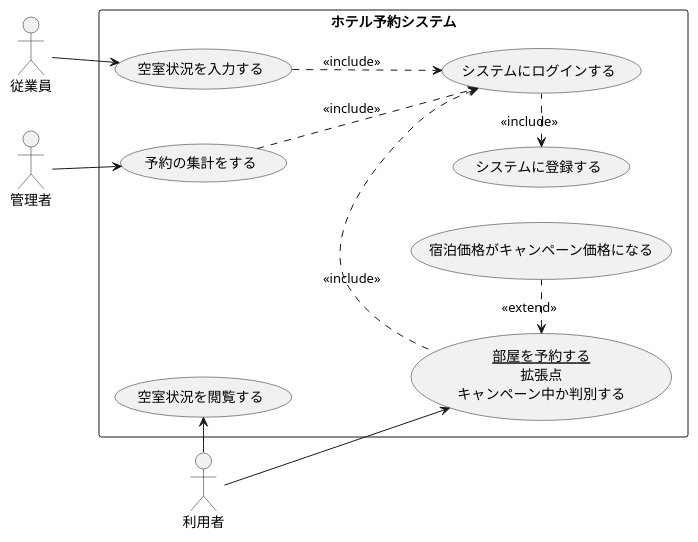
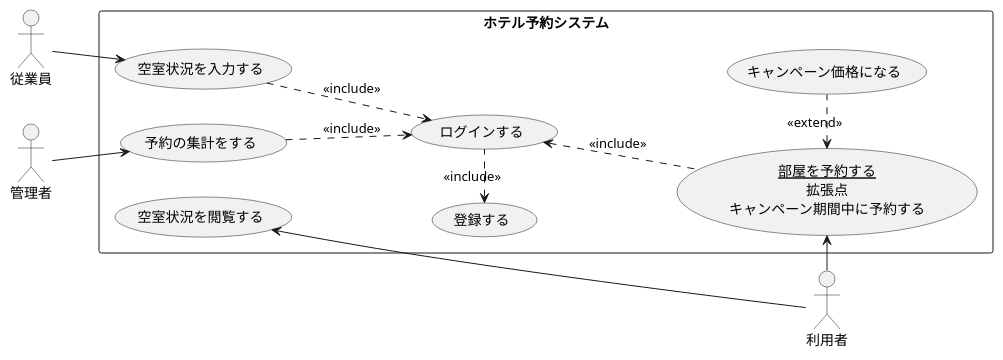
One commit to ShoT0323/uml-introduction changed the diagram in 演習2-8_UC_ホテル予約システム.pu. Above: the diagram before and after it, drawn with PlantUML.

Commit message:
変更

```diff
--- a/演習2-8_UC_ホテル予約システム.pu
+++ b/演習2-8_UC_ホテル予約システム.pu
@@ -1,24 +1,24 @@
 @startuml ホテル予約システム
 left to right direction
 actor 利用者
 actor 従業員
 actor 管理者
 rectangle ホテル予約システム{
 usecase 空室状況を閲覧する
+usecase (<u>部屋を予約する</u>\n拡張点\nキャンペーン期間中に予約する) as input
 usecase 空室状況を入力する
 usecase 予約の集計をする
-usecase システムにログインする
-usecase システムに登録する
-usecase (<u>部屋を予約する</u>\n拡張点\nキャンペーン中か判別する) as input
-usecase 宿泊価格がキャンペーン価格になる
+usecase ログインする
+usecase 登録する
+usecase キャンペーン価格になる
 }
-input <. (宿泊価格がキャンペーン価格になる) : <<extend>>
-システムにログインする <. input : << include >>
+input <. (キャンペーン価格になる) : <<extend>>
+ログインする <-. input : << include >>
 input <- 利用者
-システムに登録する <. システムにログインする : <<include>>
+登録する <. ログインする : <<include>>
 利用者 -> 空室状況を閲覧する
 従業員 --> 空室状況を入力する
 管理者 --> 予約の集計をする
-空室状況を入力する ..> システムにログインする : <<include>>
-予約の集計をする ..> システムにログインする : <<include>>
+空室状況を入力する ..> ログインする : <<include>>
+予約の集計をする ..> ログインする : <<include>>
 @enduml
```
